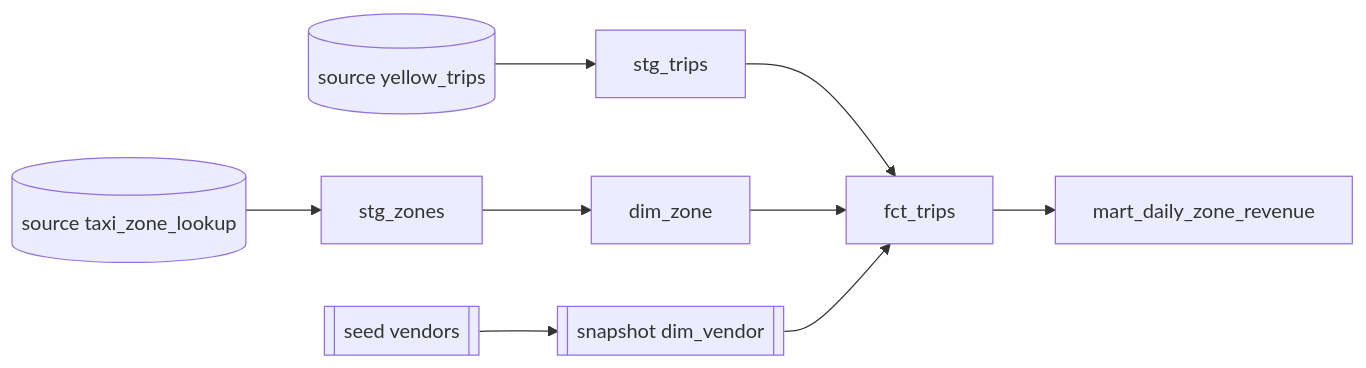
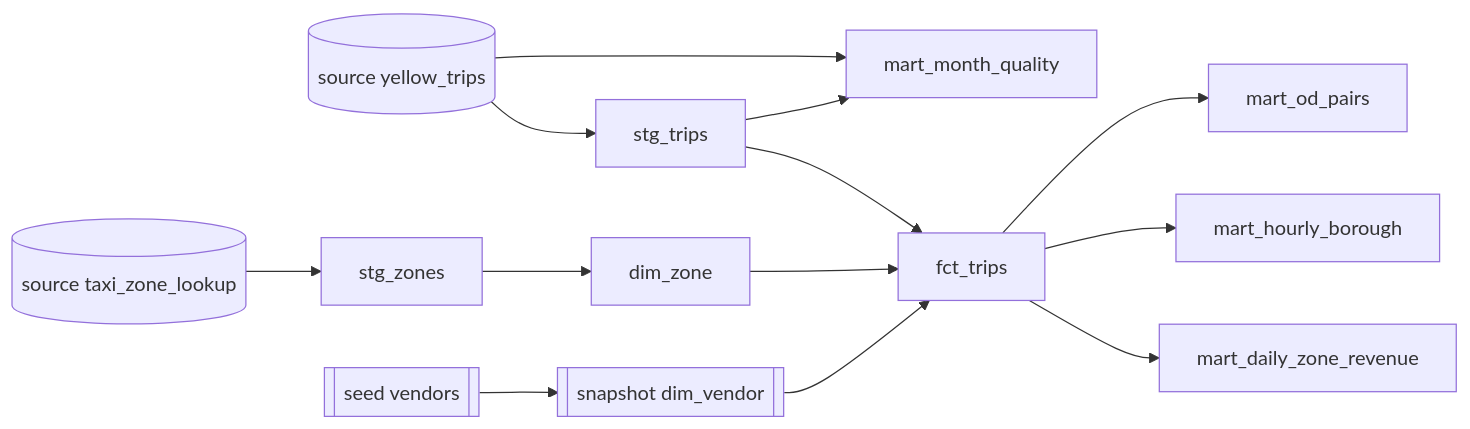
One commit to MerouaneRH/nyc-taxi-pipeline changed the first of 2 diagrams in docs/architecture.md. Above: the diagram before and after it, drawn with Mermaid. The commit also changed 1 other file, not shown here.

Commit message:
docs: fix Mermaid diagram parse error on GitHub (quote labels), add new marts

````diff
--- a/docs/architecture.md
+++ b/docs/architecture.md
@@ -18,11 +18,15 @@
 ```mermaid
 flowchart LR
     yt[(source yellow_trips)] --> stg_trips
     tz[(source taxi_zone_lookup)] --> stg_zones
     stg_zones --> dim_zone
     vendors[[seed vendors]] --> dim_vendor[[snapshot dim_vendor]]
     stg_trips --> fct_trips
     dim_zone --> fct_trips
     dim_vendor --> fct_trips
     fct_trips --> mart_daily_zone_revenue
+    fct_trips --> mart_hourly_borough
+    fct_trips --> mart_od_pairs
+    stg_trips --> mart_month_quality
+    yt --> mart_month_quality
 ```
````
